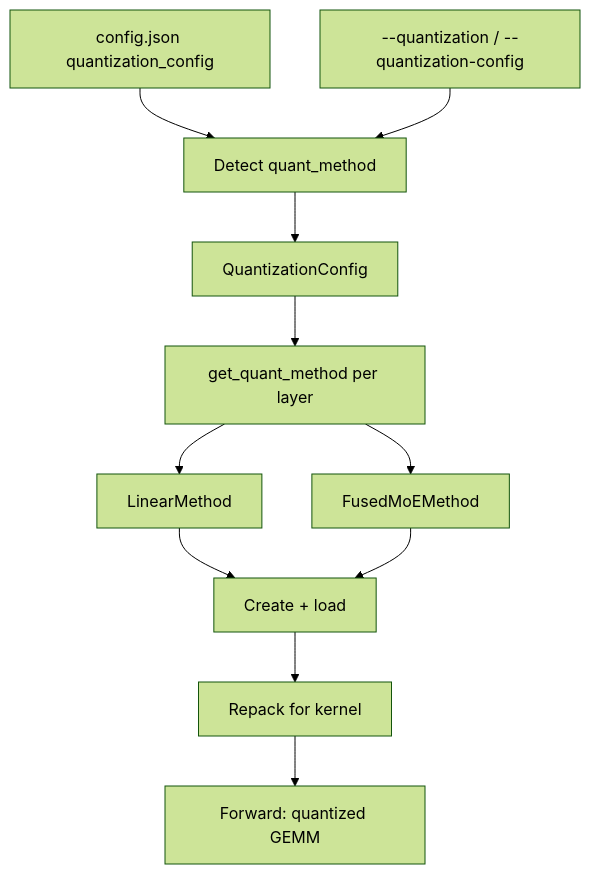
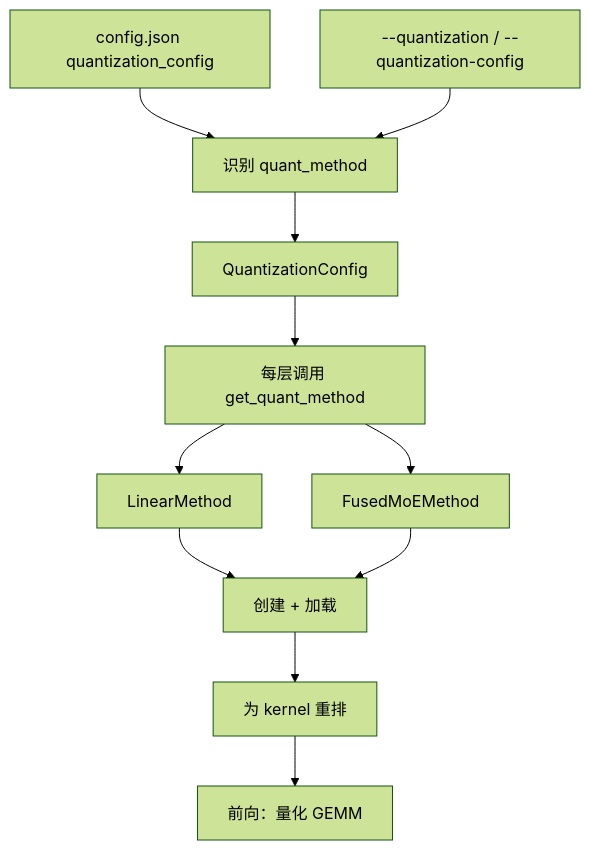
The diagram in src/content/posts/vllm-quantization.md (lxy-alexander/VoidIndex), drawn with Mermaid (forest theme) before and after one commit. The commit also changed other lines of this file and 4 other files, not shown here.

````diff
--- a/src/content/posts/vllm-quantization.md
+++ b/src/content/posts/vllm-quantization.md
@@ -56,13 +56,13 @@
 ```mermaid
 flowchart TD
-  A["config.json quantization_config"] --> B["Detect quant_method"]
+  A["config.json quantization_config"] --> B["识别 quant_method"]
   U["--quantization / --quantization-config"] --> B
   B --> C[QuantizationConfig]
-  C --> D["get_quant_method per layer"]
+  C --> D["每层调用 get_quant_method"]
   D --> E[LinearMethod]
   D --> F[FusedMoEMethod]
-  E --> G["Create + load"]
+  E --> G["创建 + 加载"]
   F --> G
-  G --> H["Repack for kernel"]
-  H --> I["Forward: quantized GEMM"]
+  G --> H["为 kernel 重排"]
+  H --> I["前向：量化 GEMM"]
 ```
````
